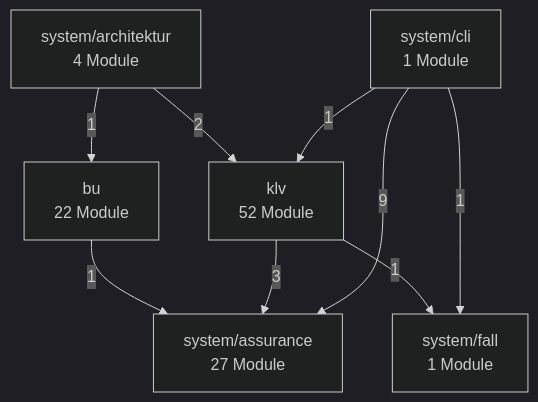
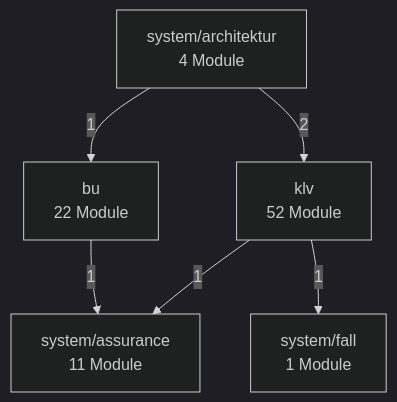
One commit to bartlmac/rechner-pipeline changed the second of 3 diagrams in docs/architektur/landkarte.md. Above: the diagram before and after it, drawn with Mermaid (dark theme). The commit also changed other lines of this file and 59 other files, not shown here.

````diff
--- a/docs/architektur/landkarte.md
+++ b/docs/architektur/landkarte.md
@@ -78,18 +73,14 @@
 ```mermaid
 %% Fachknoten — erzeugt von ontologie.landkarte
 flowchart TD
     bu["bu<br/>22 Module"]
     klv["klv<br/>52 Module"]
     system_architektur["system/architektur<br/>4 Module"]
-    system_assurance["system/assurance<br/>27 Module"]
-    system_cli["system/cli<br/>1 Module"]
+    system_assurance["system/assurance<br/>11 Module"]
     system_fall["system/fall<br/>1 Module"]
     bu -- 1 --> system_assurance
-    klv -- 3 --> system_assurance
+    klv -- 1 --> system_assurance
     klv -- 1 --> system_fall
     system_architektur -- 1 --> bu
     system_architektur -- 2 --> klv
-    system_cli -- 1 --> klv
-    system_cli -- 9 --> system_assurance
-    system_cli -- 1 --> system_fall
 ```
````
